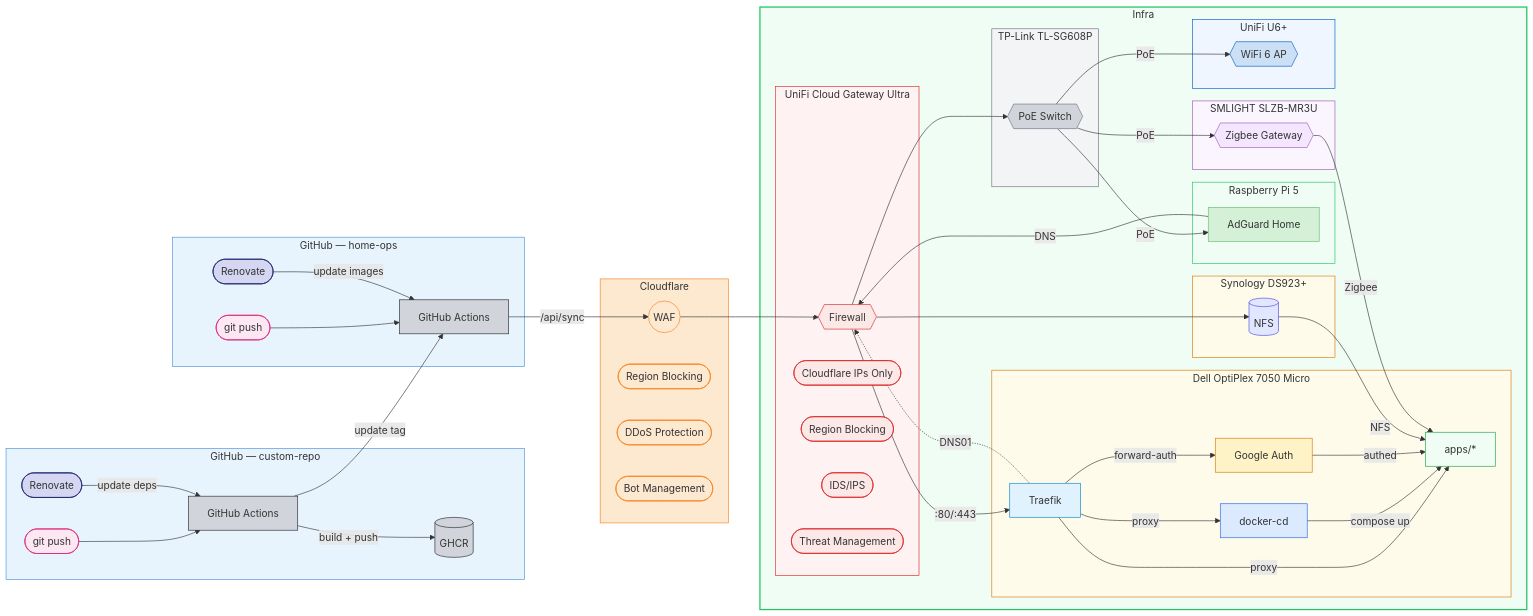
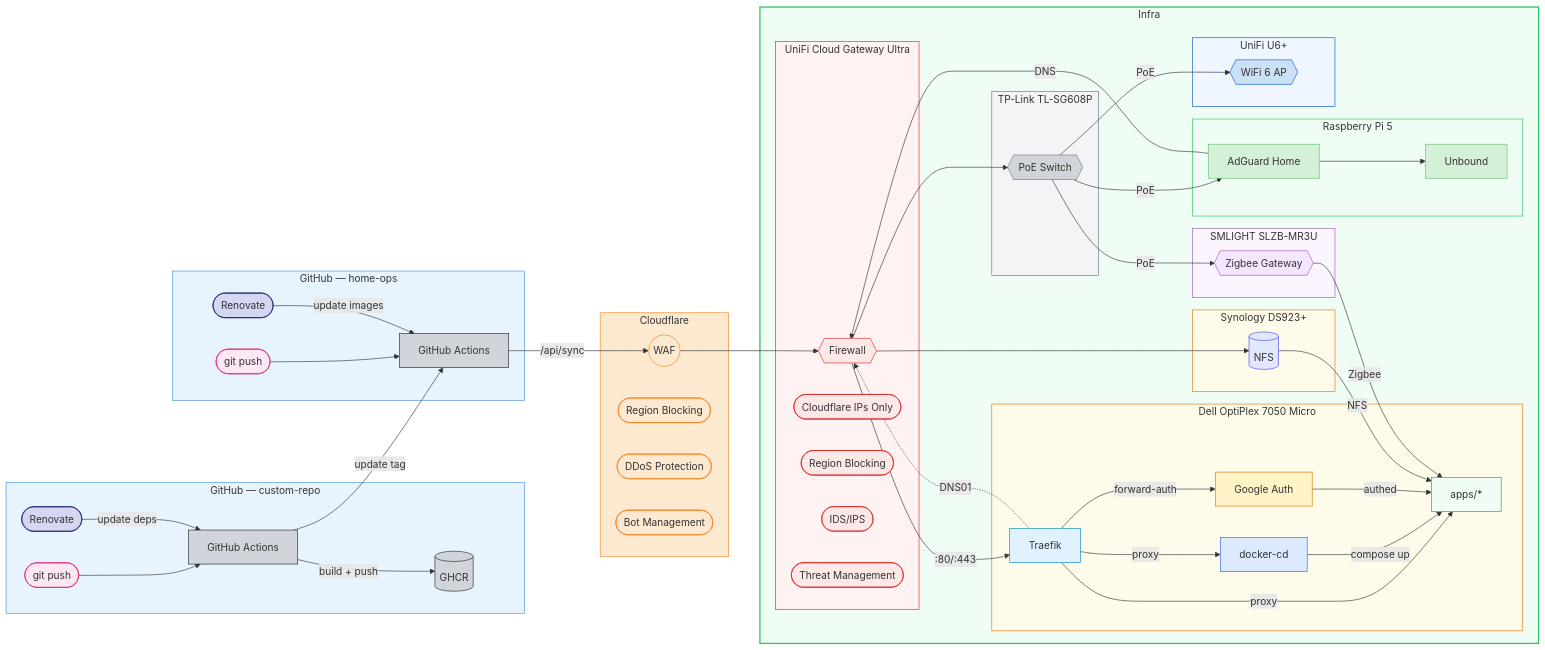
One commit to wajeht/home-ops changed the diagram in README.md. Above: the diagram before and after it, drawn with Mermaid.

Commit message:
docs: update network diagram to show unbound connection

```diff
--- a/README.md
+++ b/README.md
@@ -62,7 +62,7 @@
         end
 
         subgraph pi[Raspberry Pi 5]
-            adguard[AdGuard Home]
+            adguard[AdGuard Home] --> unbound[Unbound]
         end
 
         subgraph slzb[SMLIGHT SLZB-MR3U]
@@ -107,6 +107,7 @@
     style app_renovate fill:#d5d7f2,stroke:#1a1f6c,color:#333
     style ops_renovate fill:#d5d7f2,stroke:#1a1f6c,color:#333
     style adguard fill:#d4f0d7,stroke:#68bc71,color:#333
+    style unbound fill:#d4f0d7,stroke:#68bc71,color:#333
     style unifi fill:#fde8e8,stroke:#dc2626,color:#333
     style zigbee fill:#f5e6ff,stroke:#9b59b6,color:#333
     style poe fill:#d1d5db,stroke:#6b7280,color:#333
```
